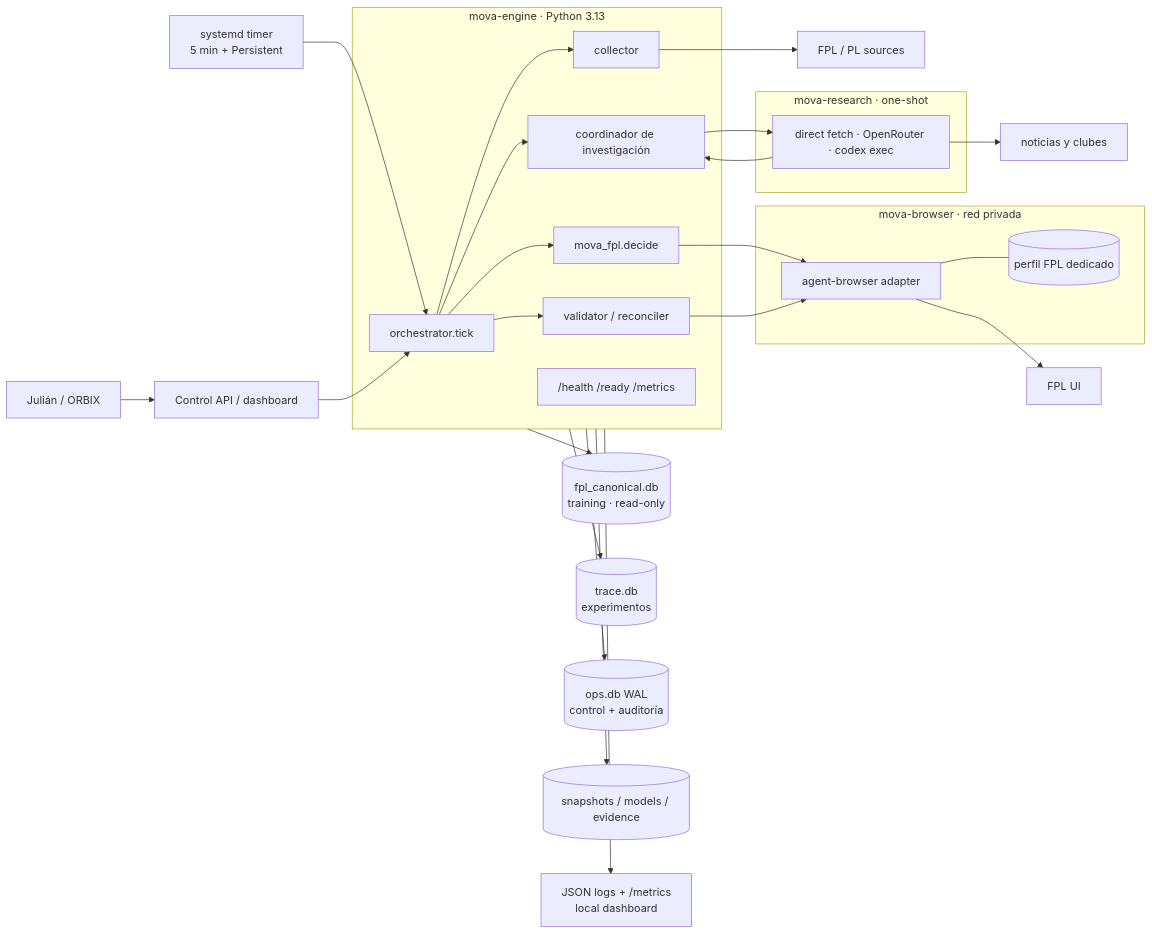
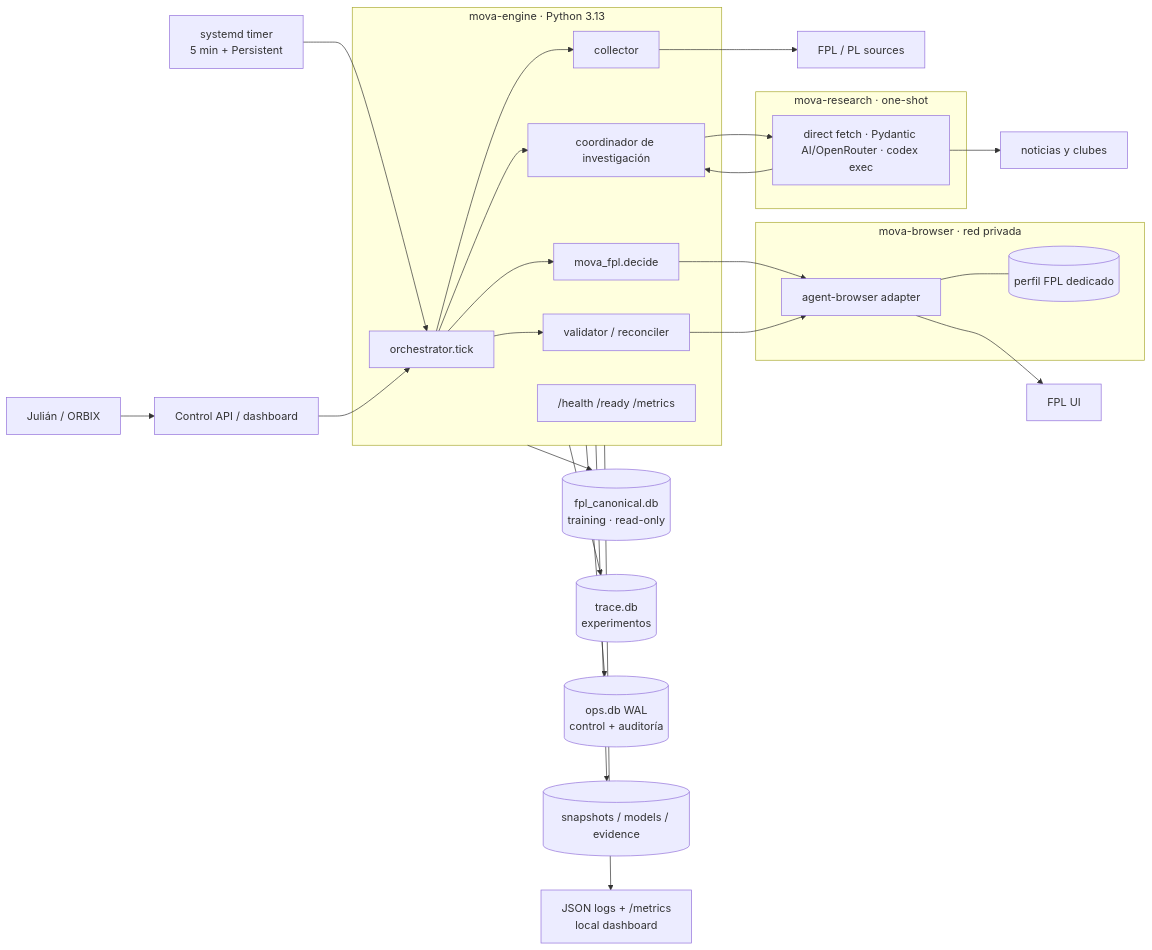
Before and after one commit to OrbitalLabBOG/mova-pro-futbol-data-analytics: the first of 3 diagrams in docs/specs/fpl-autonomous-operator/02-architecture.md, drawn with Mermaid. The commit also changed other lines of this file and 4 other files, not shown here.

````diff
--- a/docs/specs/fpl-autonomous-operator/02-architecture.md
+++ b/docs/specs/fpl-autonomous-operator/02-architecture.md
@@ -34,38 +35,38 @@
 ```mermaid
 flowchart LR
   timer["systemd timer\n5 min + Persistent"] --> tick["orchestrator.tick"]
   owner["Julián / ORBIX"] --> control["Control API / dashboard"]
   control --> tick
 
   subgraph engine["mova-engine · Python 3.13"]
     tick --> collector[collector]
     tick --> research_request[coordinador de investigación]
     tick --> decision["mova_fpl.decide"]
     tick --> verify[validator / reconciler]
     metrics["/health /ready /metrics"]
   end
 
   subgraph research["mova-research · one-shot"]
-    agent["direct fetch · OpenRouter · codex exec"]
+    agent["direct fetch · Pydantic AI/OpenRouter · codex exec"]
   end
 
   subgraph browser["mova-browser · red privada"]
     executor["agent-browser adapter"]
     profile[("perfil FPL dedicado")]
     executor --- profile
   end
 
   collector --> fpl["FPL / PL sources"]
   research_request --> agent
   agent --> web["noticias y clubes"]
   agent --> research_request
   decision --> executor
   executor --> fplui["FPL UI"]
   verify --> executor
 
   engine --> canonical[("fpl_canonical.db\ntraining · read-only")]
   engine --> trace[("trace.db\nexperimentos")]
   engine --> ops[("ops.db WAL\ncontrol + auditoría")]
   engine --> artifacts[("snapshots / models / evidence")]
   engine --> telemetry["JSON logs + /metrics\nlocal dashboard"]
 ```
````
